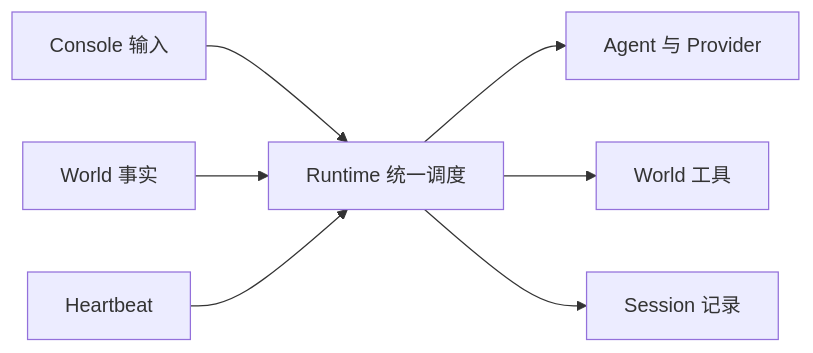
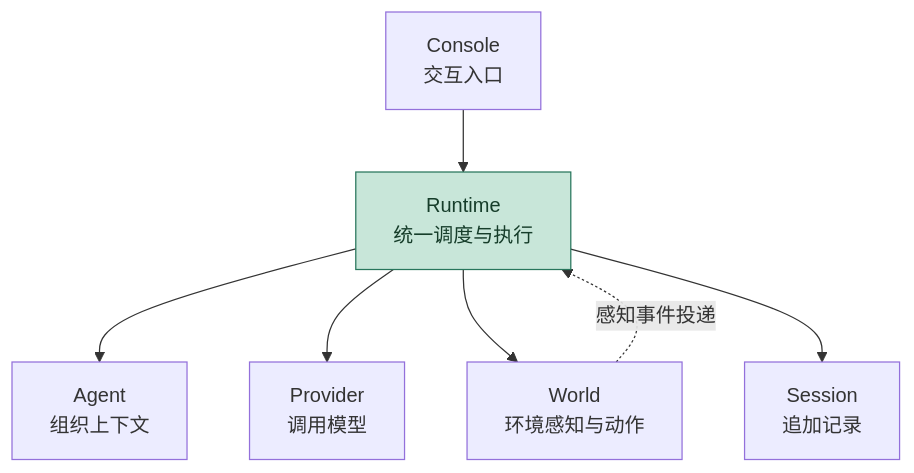
Before and after one commit to 13776578253-glitch/1002bot: the first of 14 diagrams in docs/2026-10-08-M3.0进度与架构图.md, drawn with Mermaid. The commit also changed other lines of this file and 3 other files, not shown here.

First line of the commit message:
docs: align overview diagrams across M2.1 M3.0 and M3.1

````diff
--- a/docs/2026-10-08-M3.0进度与架构图.md
+++ b/docs/2026-10-08-M3.0进度与架构图.md
@@ -19,9 +19,11 @@
 ```mermaid
-flowchart LR
-  C[Console 输入] --> R[Runtime 统一调度]
-  E[World 事实] --> R
-  H[Heartbeat] --> R
-  R --> A[Agent 与 Provider]
-  R --> W[World 工具]
-  R --> S[Session 记录]
+flowchart TB
+  C[Console<br/>交互入口] --> R[Runtime<br/>统一调度与执行]
+  R --> A[Agent<br/>组织上下文]
+  R --> P[Provider<br/>调用模型]
+  R --> W[World<br/>环境感知与动作]
+  R --> S[Session<br/>追加记录]
+  W -.->|感知事件投递| R
+  classDef added fill:#c8e6d9,stroke:#28765c,color:#163d2a;
+  class R added;
 ```
````
